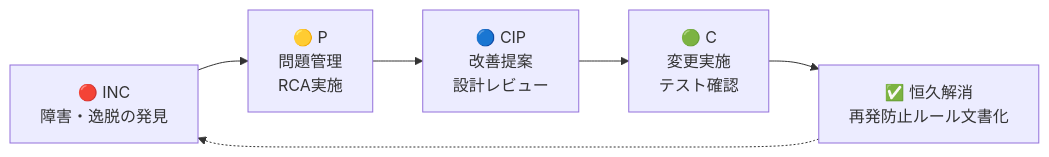
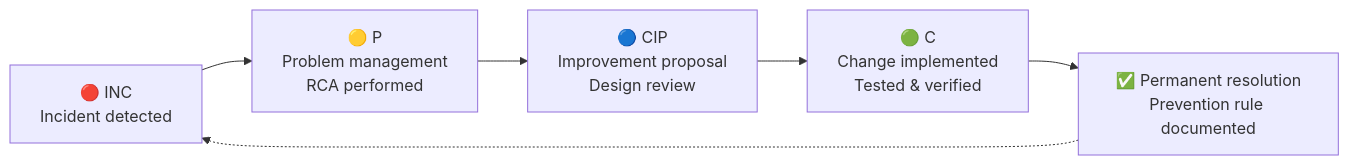
Before and after one commit to tiktax/ai-infra-portfolio: the third of 3 diagrams in docs/architecture.md, drawn with Mermaid. The commit also changed other lines of this file and 1 other file, not shown here.

Commit message:
docs: full English conversion — achievements, policy, architecture

````diff
--- a/docs/architecture.md
+++ b/docs/architecture.md
@@ -82,8 +82,8 @@
 ```mermaid
 flowchart LR
-    A["🔴 INC\n障害・逸脱の発見"] --> B["🟡 P\n問題管理\nRCA実施"]
-    B --> C["🔵 CIP\n改善提案\n設計レビュー"]
-    C --> D["🟢 C\n変更実施\nテスト確認"]
-    D --> E["✅ 恒久解消\n再発防止ルール文書化"]
+    A["🔴 INC<br/>Incident detected"] --> B["🟡 P<br/>Problem management<br/>RCA performed"]
+    B --> C["🔵 CIP<br/>Improvement proposal<br/>Design review"]
+    C --> D["🟢 C<br/>Change implemented<br/>Tested & verified"]
+    D --> E["✅ Permanent resolution<br/>Prevention rule documented"]
     E -.-> A
 ```
````
